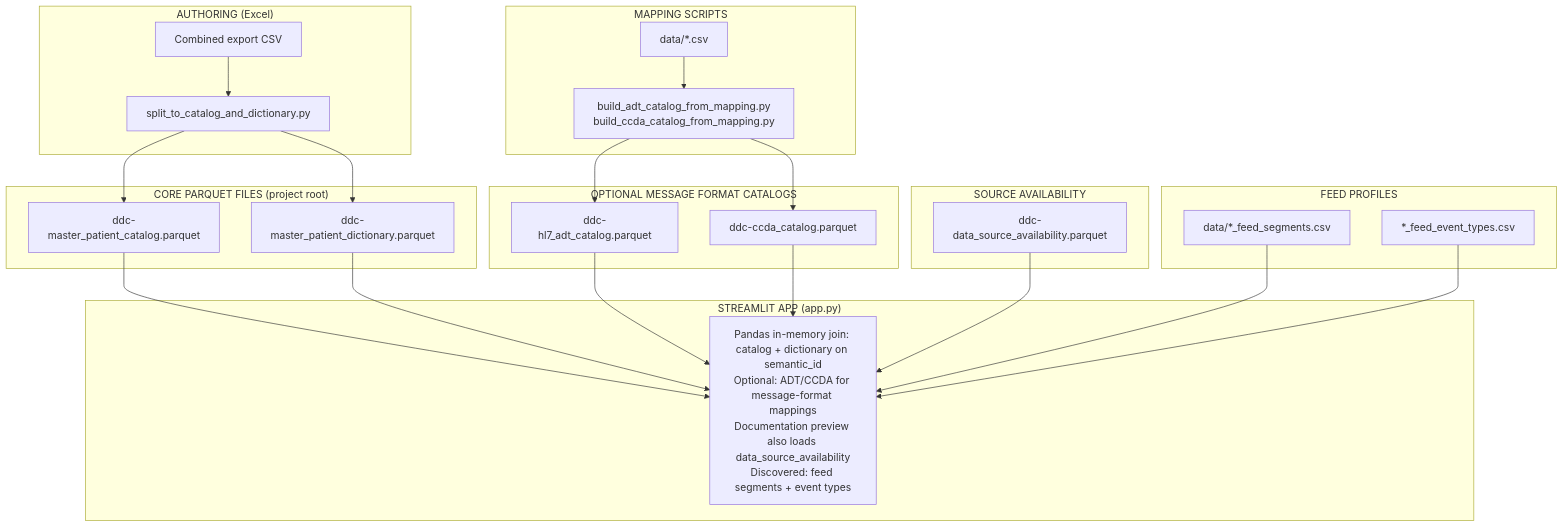
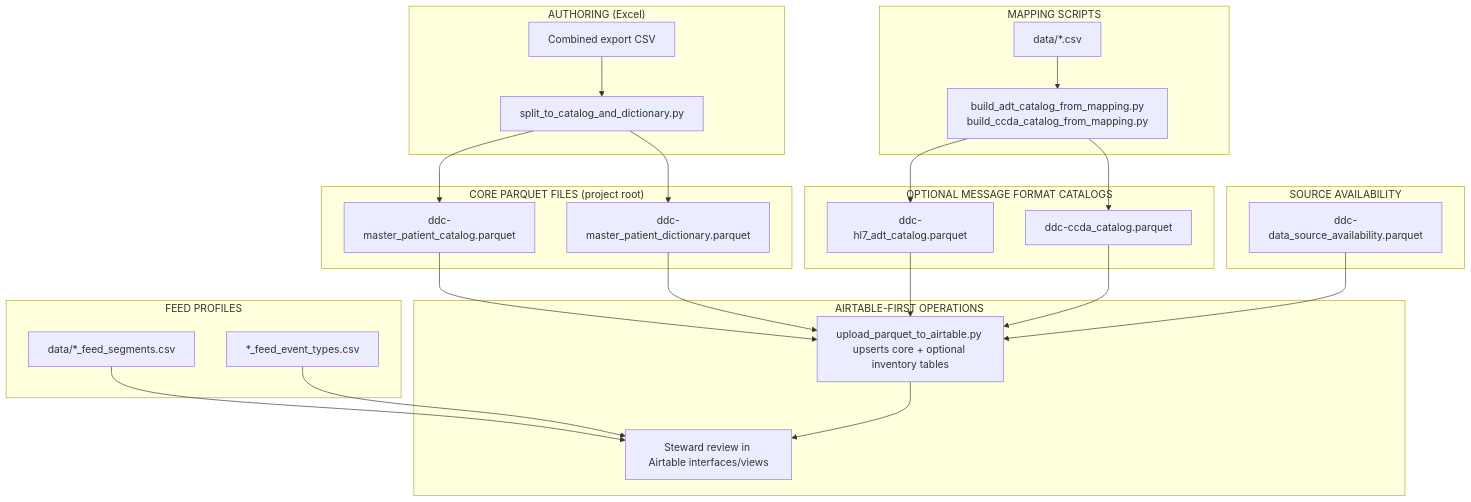
The first of 3 diagrams in TECH-SPEC.md (ajayprashar/chi-data-dictionary-catalog), drawn with Mermaid before and after one commit. The commit also changed other lines of this file and 23 other files, not shown here.

First line of the commit message:
feat: Airtable-first catalog, standards inventories, archive mapping CSVs

````diff
--- a/TECH-SPEC.md
+++ b/TECH-SPEC.md
@@ -254,49 +278,51 @@
 ```mermaid
 flowchart TB
     subgraph Authoring["AUTHORING (Excel)"]
         Excel["Combined export CSV"]
         Split["split_to_catalog_and_dictionary.py"]
     end
 
     subgraph Core["CORE PARQUET FILES (project root)"]
         Catalog["ddc-master_patient_catalog.parquet"]
         Dictionary["ddc-master_patient_dictionary.parquet"]
     end
 
     subgraph Mapping["MAPPING SCRIPTS"]
         DataCSV["data/*.csv"]
         Build["build_adt_catalog_from_mapping.py<br/>build_ccda_catalog_from_mapping.py"]
     end
 
     subgraph OptionalCatalogs["OPTIONAL MESSAGE FORMAT CATALOGS"]
         ADT["ddc-hl7_adt_catalog.parquet"]
         CCDA["ddc-ccda_catalog.parquet"]
     end
 
     subgraph Availability["SOURCE AVAILABILITY"]
         Avail["ddc-data_source_availability.parquet"]
     end
 
     subgraph FeedProfiles["FEED PROFILES"]
         Segments["data/*_feed_segments.csv"]
         Events["*_feed_event_types.csv"]
     end
 
-    subgraph App["STREAMLIT APP (app.py)"]
-        Streamlit["Pandas in-memory join: catalog + dictionary on semantic_id<br/>Optional: ADT/CCDA for message-format mappings<br/>Documentation preview also loads data_source_availability<br/>Discovered: feed segments + event types"]
+    subgraph AirtableOps["AIRTABLE-FIRST OPERATIONS"]
+        AirtableSync["upload_parquet_to_airtable.py upserts core + optional inventory tables"]
+        AirtableReview["Steward review in Airtable interfaces/views"]
     end
 
     Excel --> Split
     Split --> Catalog
     Split --> Dictionary
     DataCSV --> Build
     Build --> ADT
     Build --> CCDA
-    Catalog --> Streamlit
-    Dictionary --> Streamlit
-    ADT --> Streamlit
-    CCDA --> Streamlit
-    Avail --> Streamlit
-    Segments --> Streamlit
-    Events --> Streamlit
+    Catalog --> AirtableSync
+    Dictionary --> AirtableSync
+    ADT --> AirtableSync
+    CCDA --> AirtableSync
+    Avail --> AirtableSync
+    Segments --> AirtableReview
+    Events --> AirtableReview
+    AirtableSync --> AirtableReview
 ```
````
